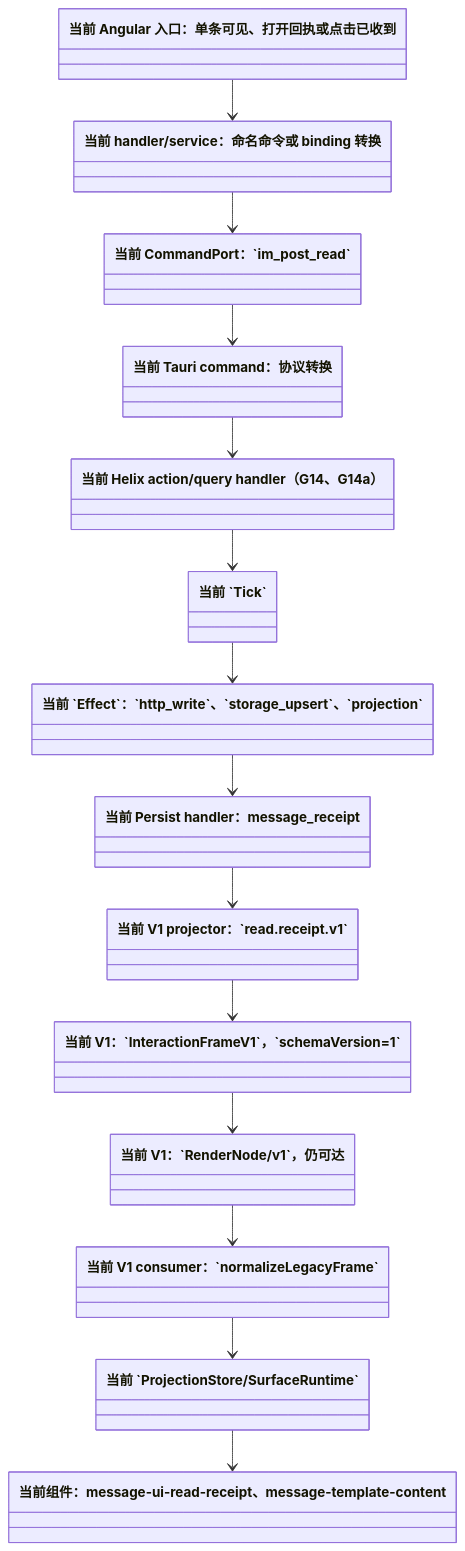
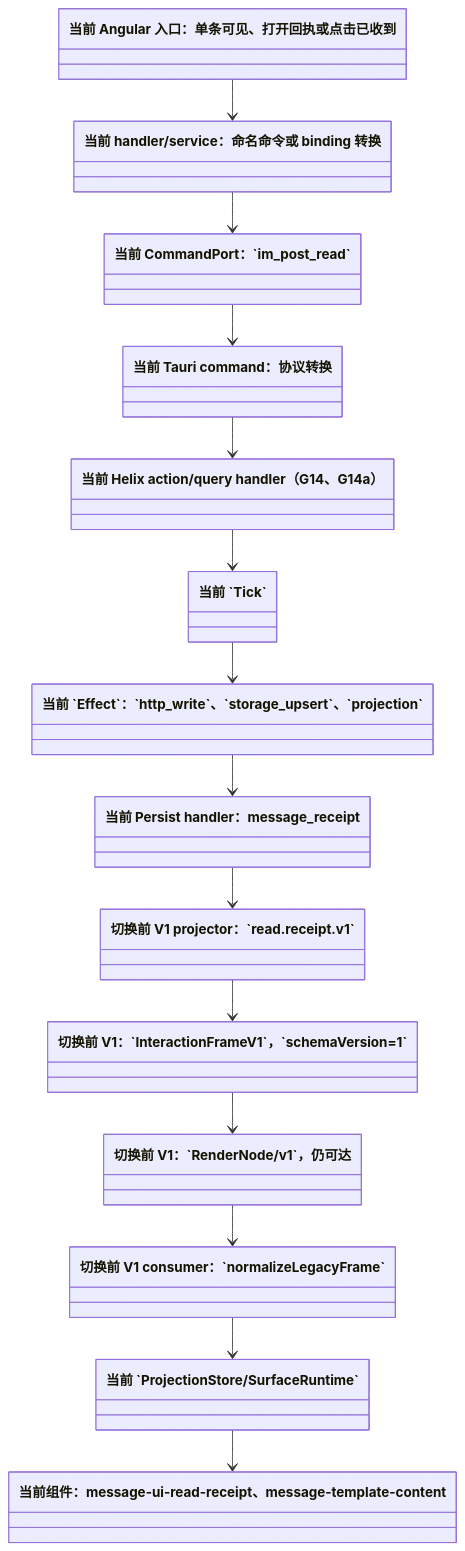
The diagram in docs/interaction-frame-v2-全量替换-按UC/G14/01-V1当前类图.mmd (zxs1633079383/helix), drawn with Mermaid before and after one commit. The commit also changed 159 other files, not shown here.

```diff
--- a/docs/interaction-frame-v2-全量替换-按UC/G14/01-V1当前类图.mmd
+++ b/docs/interaction-frame-v2-全量替换-按UC/G14/01-V1当前类图.mmd
@@ -1,28 +1,29 @@
+%% 切换前历史快照：不得作为当前生产合同；当前仅 InteractionFrame/v2
 classDiagram
     class Angular入口["当前 Angular 入口：单条可见、打开回执或点击已收到"]
     class ShellService["当前 handler/service：命名命令或 binding 转换"]
     class CommandPort["当前 CommandPort：`im_post_read`"]
     class Tauri命令["当前 Tauri command：协议转换"]
     class Helix处理["当前 Helix action/query handler（G14、G14a）"]
     class Tick["当前 `Tick`"]
     class Effect["当前 `Effect`：`http_write`、`storage_upsert`、`projection`"]
     class 持久化["当前 Persist handler：message_receipt"]
-    class V1投影["当前 V1 projector：`read.receipt.v1`"]
-    class V1帧["当前 V1：`InteractionFrameV1`，`schemaVersion=1`"]
-    class V1节点["当前 V1：`RenderNode/v1`，仍可达"]
-    class V1解码["当前 V1 consumer：`normalizeLegacyFrame`"]
+    class V1投影["切换前 V1 projector：`read.receipt.v1`"]
+    class V1帧["切换前 V1：`InteractionFrameV1`，`schemaVersion=1`"]
+    class V1节点["切换前 V1：`RenderNode/v1`，仍可达"]
+    class V1解码["切换前 V1 consumer：`normalizeLegacyFrame`"]
     class SurfaceRuntime["当前 `ProjectionStore/SurfaceRuntime`"]
     class 组件["当前组件：message-ui-read-receipt、message-template-content"]
     Angular入口 --> ShellService
     ShellService --> CommandPort
     CommandPort --> Tauri命令
     Tauri命令 --> Helix处理
     Helix处理 --> Tick
     Tick --> Effect
     Effect --> 持久化
     持久化 --> V1投影
     V1投影 --> V1帧
     V1帧 --> V1节点
     V1节点 --> V1解码
     V1解码 --> SurfaceRuntime
     SurfaceRuntime --> 组件
```
